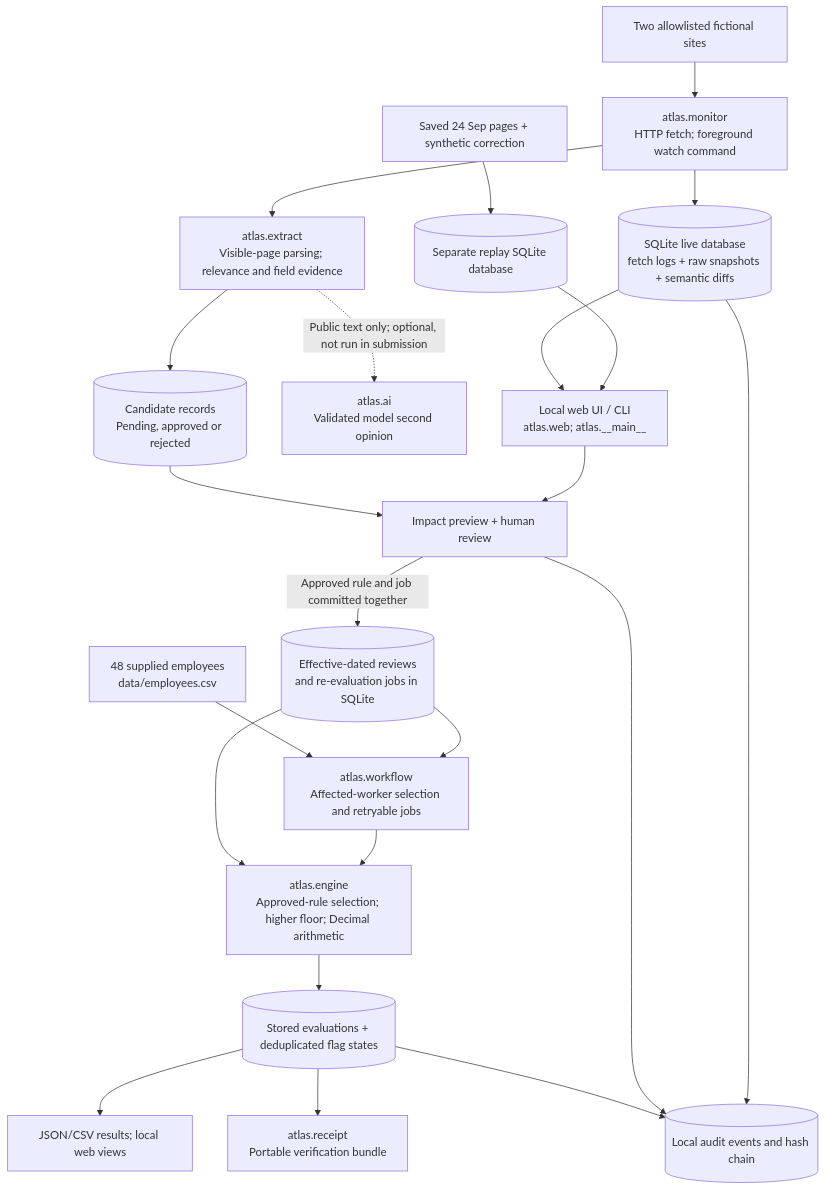
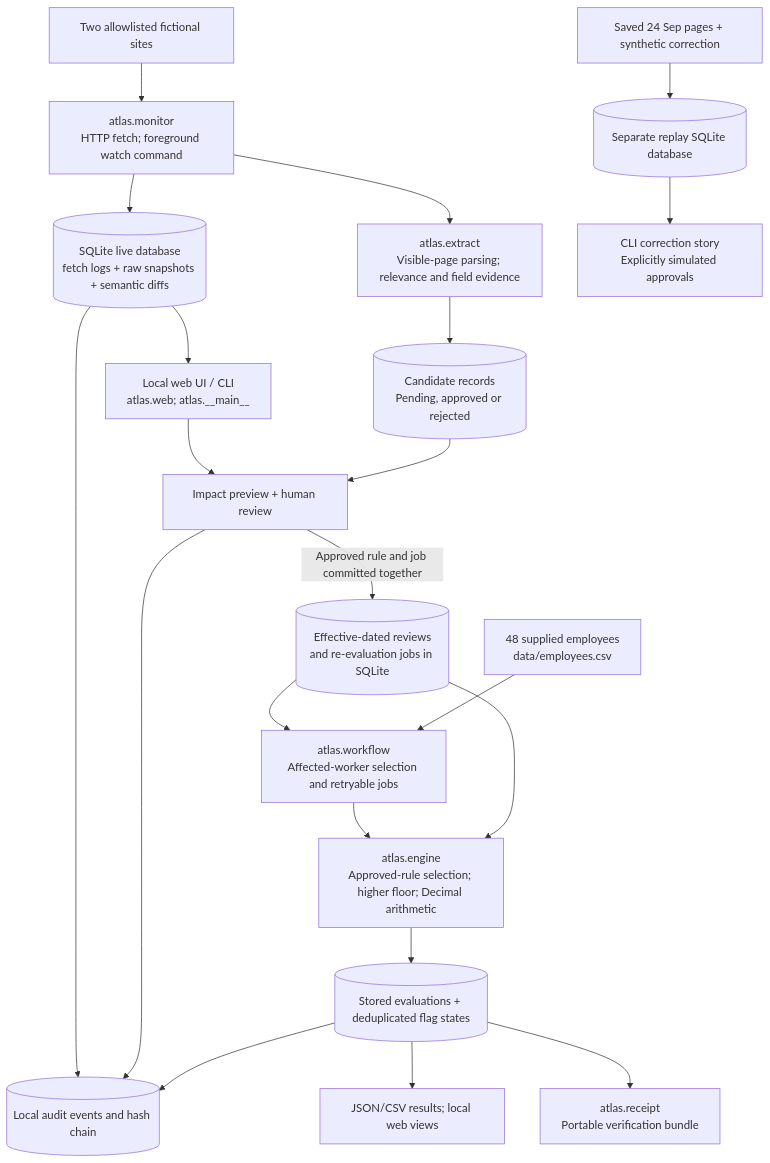
The second of 2 diagrams in docs/architecture.md (mgunjan67/atlas-compliance), drawn with Mermaid before and after one commit. The commit also changed other lines of this file and 63 other files, not shown here.

Commit message:
Finalize Atlas review workflow, dashboard, history and submission checks

````diff
--- a/docs/architecture.md
+++ b/docs/architecture.md
@@ -34,24 +34,23 @@
 ```mermaid
 flowchart TB
   F["Two allowlisted fictional sites"] --> W["atlas.monitor<br/>HTTP fetch; foreground watch command"]
   W --> DB1[("SQLite live database<br/>fetch logs + raw snapshots + semantic diffs")]
   W --> X["atlas.extract<br/>Visible-page parsing; relevance and field evidence"]
   X --> C[("Candidate records<br/>Pending, approved or rejected")]
-  X -. "Public text only; optional, not run in submission" .-> AI["atlas.ai<br/>Validated model second opinion"]
   UI["Local web UI / CLI<br/>atlas.web; atlas.__main__"] --> H["Impact preview + human review"]
   C --> H
   H -->|"Approved rule and job committed together"| V[("Effective-dated reviews<br/>and re-evaluation jobs in SQLite")]
   V --> J["atlas.workflow<br/>Affected-worker selection and retryable jobs"]
   CSV["48 supplied employees<br/>data/employees.csv"] --> J
   J --> D["atlas.engine<br/>Approved-rule selection; higher floor; Decimal arithmetic"]
   V --> D
   D --> O[("Stored evaluations + deduplicated flag states")]
   O --> OUT["JSON/CSV results; local web views"]
   O --> REC["atlas.receipt<br/>Portable verification bundle"]
   DB1 --> LED[("Local audit events and hash chain")]
   H --> LED
   O --> LED
   REP["Saved 24 Sep pages + synthetic correction"] --> DEMO[("Separate replay SQLite database")]
-  DEMO --> UI
+  DEMO --> CLI["CLI correction story<br/>Explicitly simulated approvals"]
   DB1 --> UI
 ```
````
